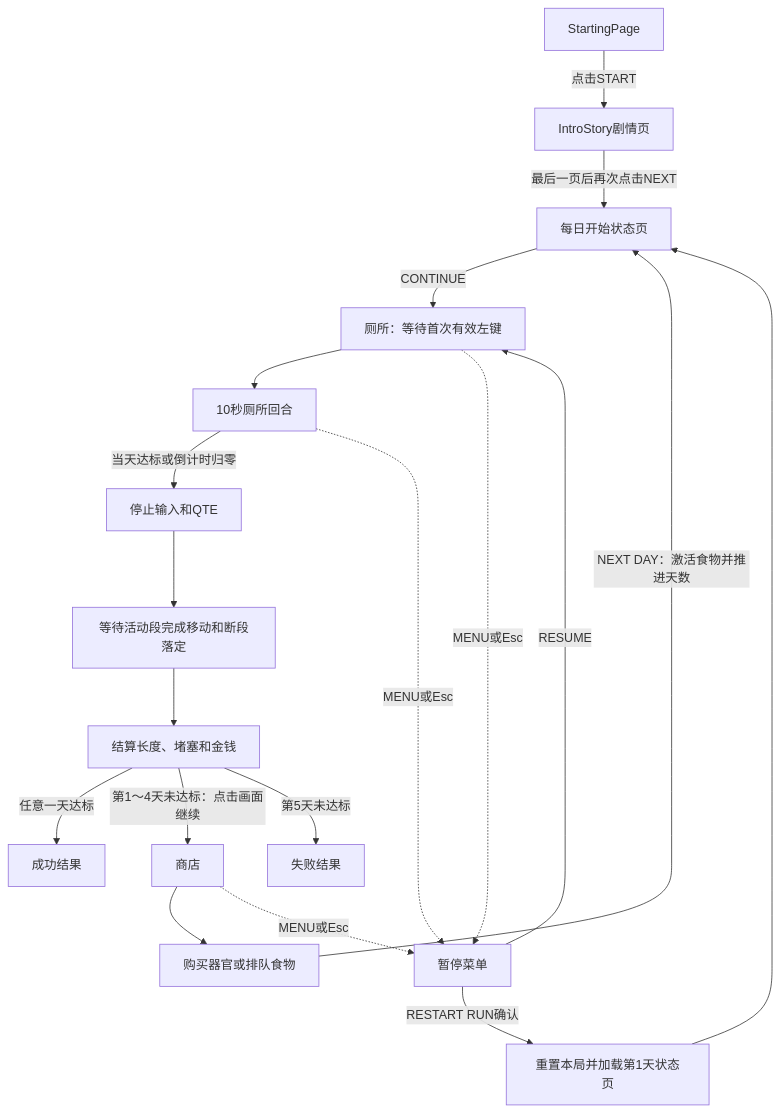
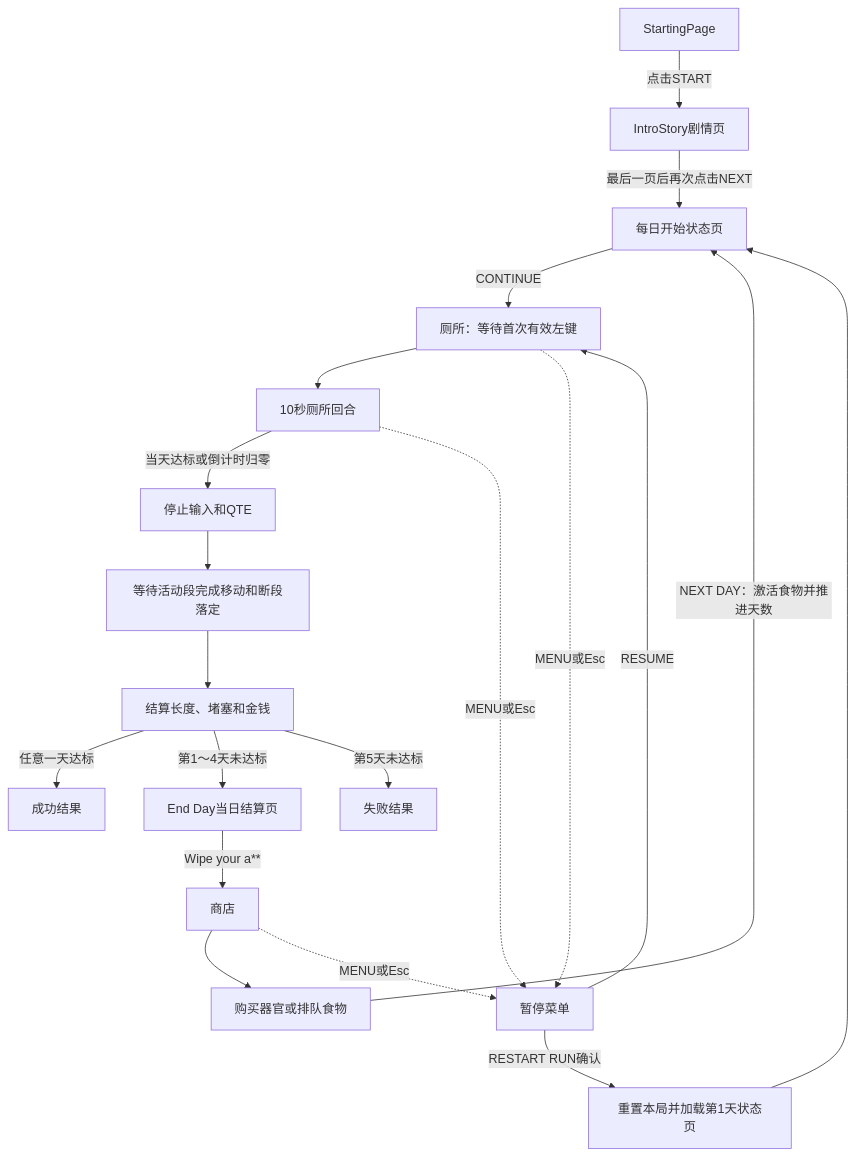
One commit to SaltedFishyy/GMTK-game-jam changed the diagram in 机制.md. Above: the diagram before and after it, drawn with Mermaid. The commit also changed other lines of this file and 71 other files, not shown here.

````diff
--- a/机制.md
+++ b/机制.md
@@ -269,21 +277,22 @@
 ```mermaid
 flowchart TD
     S[StartingPage] -->|点击START| I[IntroStory剧情页]
     I -->|最后一页后再次点击NEXT| J[每日开始状态页]
     J -->|CONTINUE| A[厕所：等待首次有效左键]
     A --> B[10秒厕所回合]
     B -->|当天达标或倒计时归零| C[停止输入和QTE]
     C --> D[等待活动段完成移动和断段落定]
     D --> E[结算长度、堵塞和金钱]
     E -->|任意一天达标| G[成功结果]
-    E -->|第1～4天未达标：点击画面继续| F[商店]
+    E -->|第1～4天未达标| L[End Day当日结算页]
+    L -->|Wipe your a**| F[商店]
     F --> H[购买器官或排队食物]
     H -->|NEXT DAY：激活食物并推进天数| J
     E -->|第5天未达标| K[失败结果]
     A -. MENU或Esc .-> P[暂停菜单]
     B -. MENU或Esc .-> P
     F -. MENU或Esc .-> P
     P -->|RESUME| A
     P -->|RESTART RUN确认| R[重置本局并加载第1天状态页]
     R --> J
 ```
````
